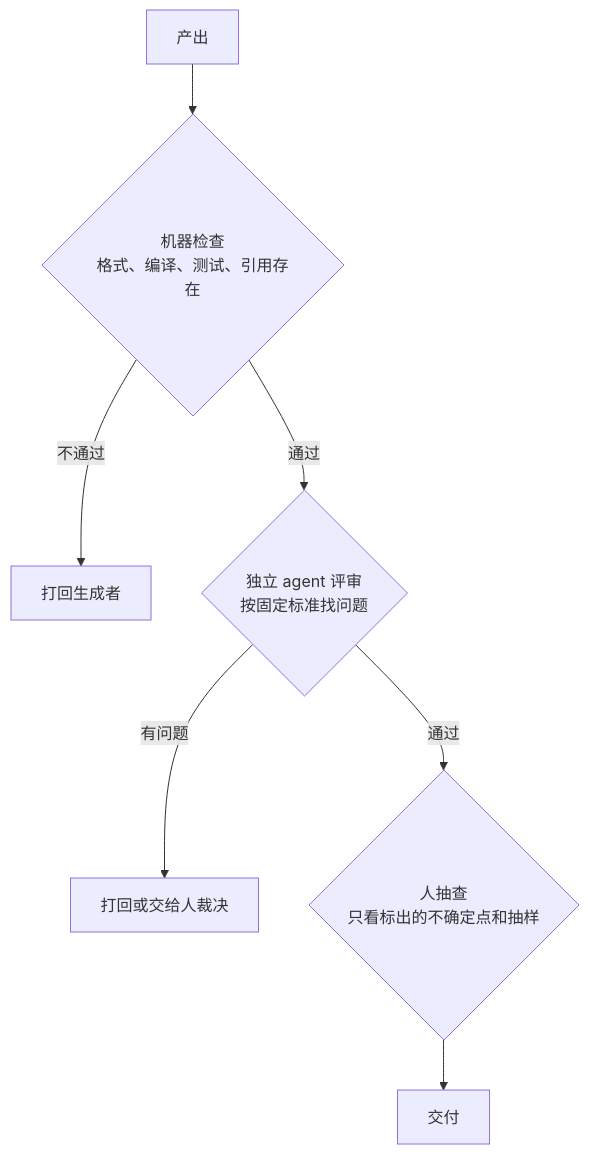
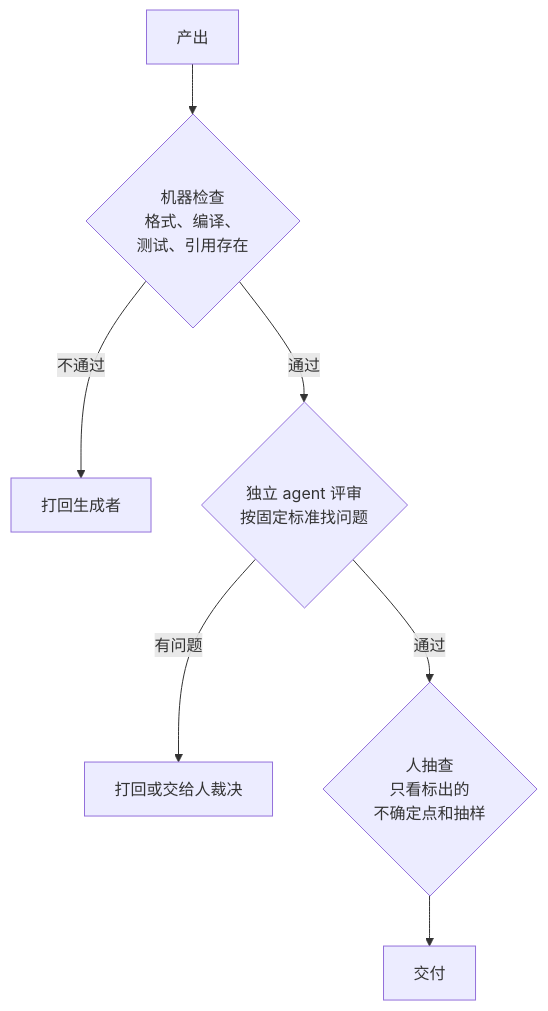
One commit to jarvis-pro/hatch-shelf changed the diagram in books/multi-agent/06-cross-validation.md. Above: the diagram before and after it, drawn with Mermaid. The commit also changed 432 other files, not shown here.

````diff
--- a/books/multi-agent/06-cross-validation.md
+++ b/books/multi-agent/06-cross-validation.md
@@ -24,9 +24,9 @@
 ```mermaid
 flowchart TD
-  A["产出"] --> M{"机器检查<br/>格式、编译、测试、引用存在"}
+  A["产出"] --> M{"机器检查<br/>格式、编译、<br/>测试、引用存在"}
   M -->|"不通过"| R1["打回生成者"]
   M -->|"通过"| E{"独立 agent 评审<br/>按固定标准找问题"}
   E -->|"有问题"| R2["打回或交给人裁决"]
-  E -->|"通过"| H{"人抽查<br/>只看标出的不确定点和抽样"}
+  E -->|"通过"| H{"人抽查<br/>只看标出的<br/>不确定点和抽样"}
   H --> D["交付"]
 ```
````
